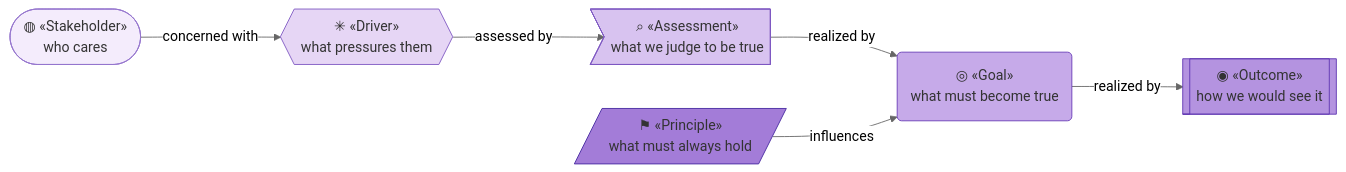
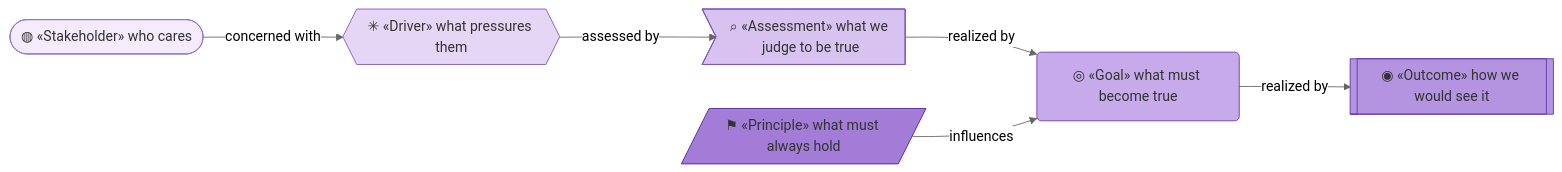
The first of 5 diagrams in product-archreator/architecture/1_strategy/1_motivation.md (roanboc/architecture-archreator), drawn with Mermaid (neutral theme) before and after one commit. The commit also changed other lines of this file and 38 other files, not shown here.

````diff
--- a/product-archreator/architecture/1_strategy/1_motivation.md
+++ b/product-archreator/architecture/1_strategy/1_motivation.md
@@ -13,22 +13,22 @@
 ```mermaid
 flowchart LR
-  stk(["◍ «Stakeholder»<br>who cares"]):::stakeholder
-  drv{{"✳ «Driver»<br>what pressures them"}}:::driver
-  asm>"⌕ «Assessment»<br>what we judge to be true"]:::assessment
-  g("◎ «Goal»<br>what must become true"):::goal
-  out[["◉ «Outcome»<br>how we would see it"]]:::outcome
-  p[/"⚑ «Principle»<br>what must always hold"/]:::principle
+  stk(["◍ «Stakeholder» who cares"]):::stakeholder
+  drv{{"✳ «Driver» what pressures them"}}:::driver
+  asm>"⌕ «Assessment» what we judge to be true"]:::assessment
+  g("◎ «Goal» what must become true"):::goal
+  out[["◉ «Outcome» how we would see it"]]:::outcome
+  p[/"⚑ «Principle» what must always hold"/]:::principle
 
   stk -->|concerned with| drv
   drv -->|assessed by| asm
   asm -->|realized by| g
   g -->|realized by| out
   p -->|influences| g
 
   classDef stakeholder fill:#f4ecfc,stroke:#9575cd,color:#333
   classDef driver fill:#e6d6f5,stroke:#7e57c2,color:#333
   classDef assessment fill:#d8c3f0,stroke:#7e57c2,color:#333
   classDef goal fill:#c6aae9,stroke:#673ab7,color:#333
   classDef outcome fill:#b493e0,stroke:#5e35b1,color:#333
   classDef principle fill:#a37cd8,stroke:#4527a0,color:#333
 ```
````
